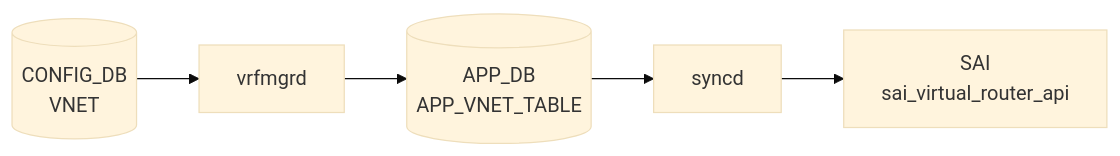
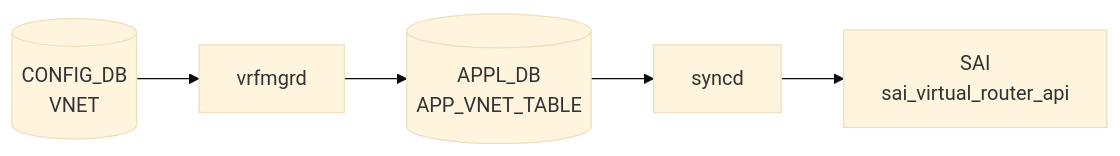
One commit to aoki-taquan/sonic-unofficial-docs changed the diagram in docs/reference/config-db/vnet-route.md. Above: the diagram before and after it, drawn with Mermaid (base theme). The commit also changed 91 other files, not shown here.

First line of the commit message:
fix(review-067): APP_DB→APPL_DB in mermaid labels; exclude APPL_DB pages from auto-gen

````diff
--- a/docs/reference/config-db/vnet-route.md
+++ b/docs/reference/config-db/vnet-route.md
@@ -45,12 +45,12 @@
 ```mermaid
 flowchart LR
   CDB[("CONFIG_DB<br/>VNET")]
   DM["vrfmgrd"]
   CDB --> DM
-  APPDB[("APP_DB<br/>APP_VNET_TABLE")]
+  APPDB[("APPL_DB<br/>APP_VNET_TABLE")]
   DM --> APPDB
   SYNCD["syncd"]
   APPDB --> SYNCD
   SAI["SAI<br/>sai_virtual_router_api"]
   SYNCD --> SAI
 ```
````
